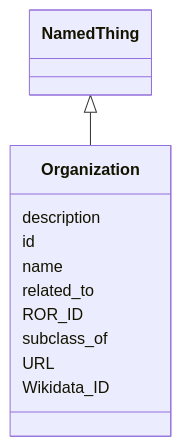
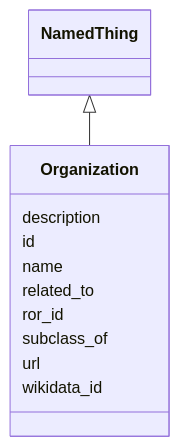
One commit to bridge2ai/standards-schemas changed the diagram in docs/Organization.md. Above: the diagram before and after it, drawn with Mermaid. The commit also changed other lines of this file and 108 other files, not shown here.

````diff
--- a/docs/Organization.md
+++ b/docs/Organization.md
@@ -11,15 +11,15 @@
 ```mermaid
  classDiagram
     class Organization
       NamedThing <|-- Organization
       
       Organization : description
       Organization : id
       Organization : name
       Organization : related_to
-      Organization : ROR_ID
+      Organization : ror_id
       Organization : subclass_of
-      Organization : URL
-      Organization : Wikidata_ID
+      Organization : url
+      Organization : wikidata_id
       
 ```
````
